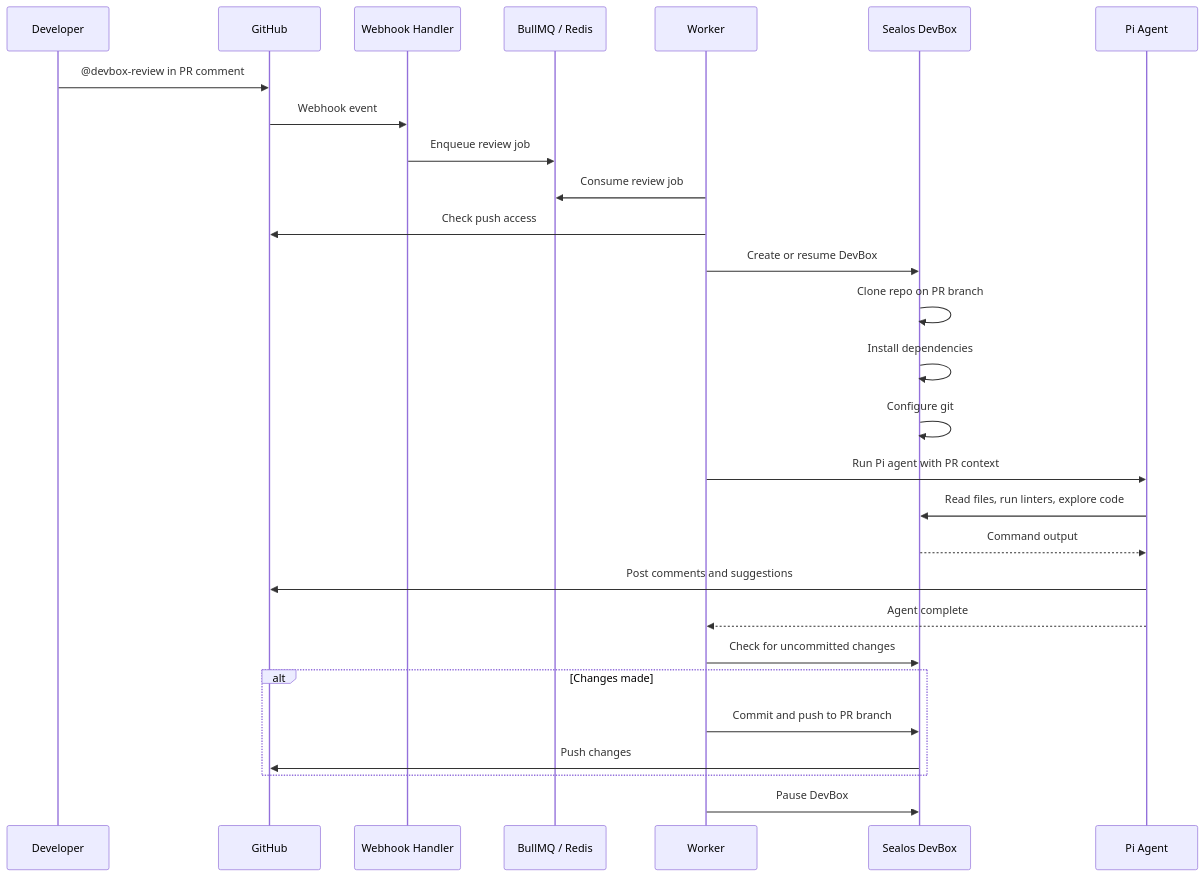
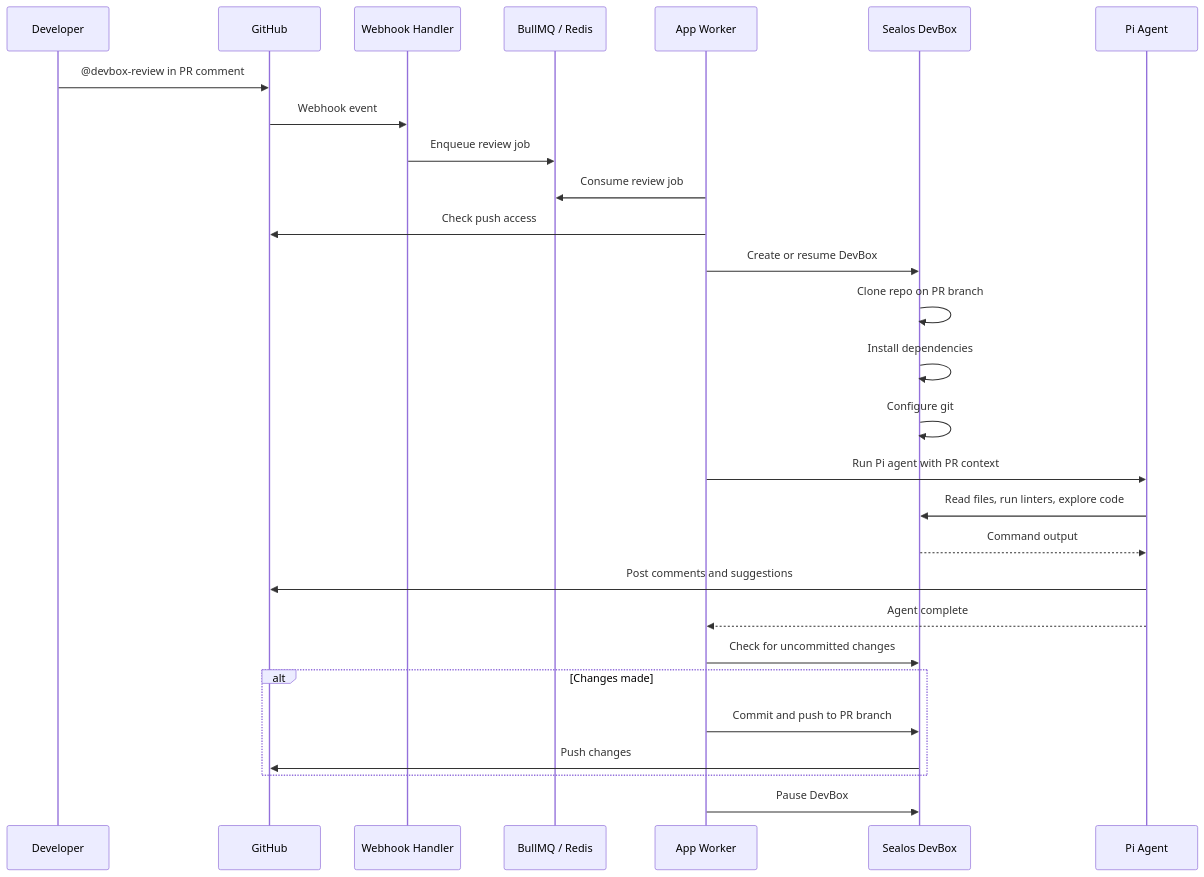
One commit to zjy365/devbox-review changed the diagram in README.md. Above: the diagram before and after it, drawn with Mermaid. The commit also changed other lines of this file and 27 other files, not shown here.

Commit message:
feat: add GitHub App installation runtime flow

````diff
--- a/README.md
+++ b/README.md
@@ -17,34 +17,34 @@
 ```mermaid
 sequenceDiagram
     participant U as Developer
     participant GH as GitHub
     participant WH as Webhook Handler
     participant Q as BullMQ / Redis
-    participant W as Worker
+    participant W as App Worker
     participant DB as Sealos DevBox
     participant AI as Pi Agent
 
     U->>GH: @devbox-review in PR comment
     GH->>WH: Webhook event
     WH->>Q: Enqueue review job
 
     W->>Q: Consume review job
     W->>GH: Check push access
     W->>DB: Create or resume DevBox
     DB->>DB: Clone repo on PR branch
     DB->>DB: Install dependencies
     DB->>DB: Configure git
 
     W->>AI: Run Pi agent with PR context
     AI->>DB: Read files, run linters, explore code
     DB-->>AI: Command output
     AI->>GH: Post comments and suggestions
     AI-->>W: Agent complete
 
     W->>DB: Check for uncommitted changes
     alt Changes made
         W->>DB: Commit and push to PR branch
         DB->>GH: Push changes
     end
     W->>DB: Pause DevBox
 ```
````
